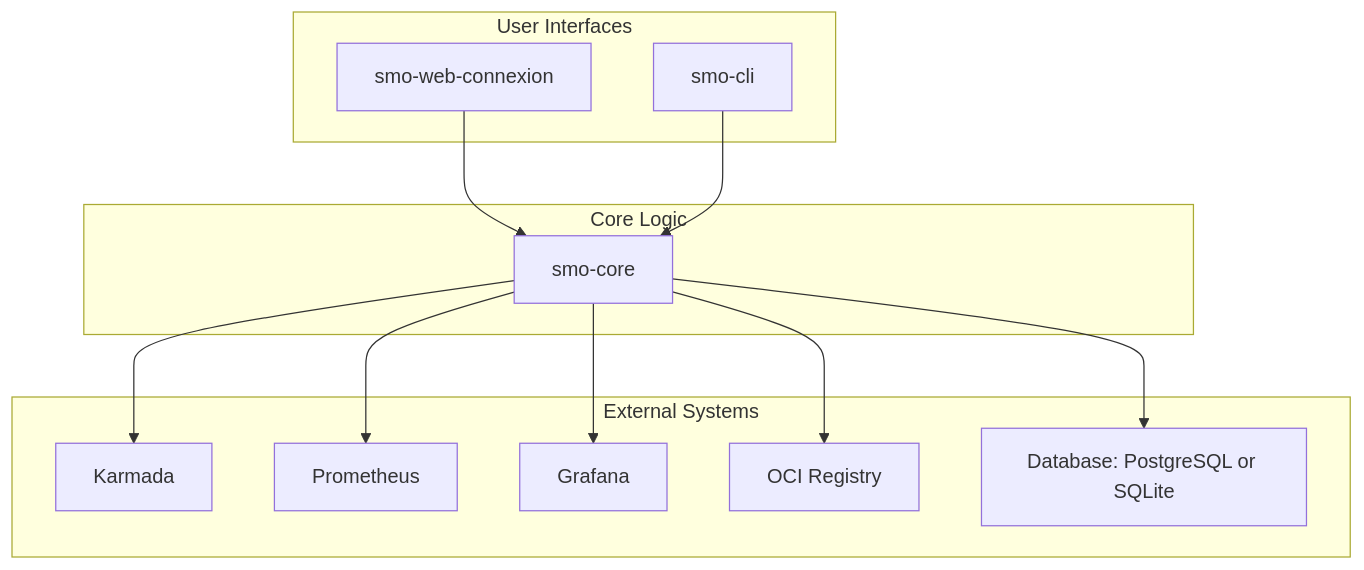
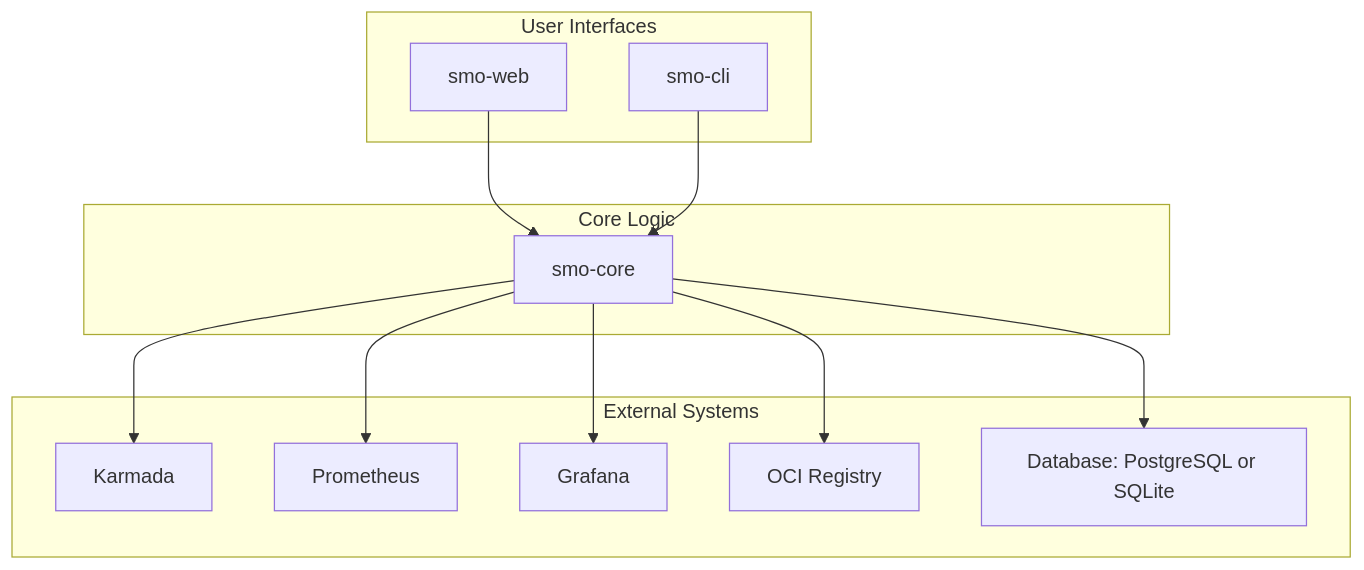
One commit to abilian/smo-monorepo changed the diagram in README.md. Above: the diagram before and after it, drawn with Mermaid. The commit also changed other lines of this file and 51 other files, not shown here.

Commit message:
refact: cleanup architecture using dependency injection (doshka)

````diff
--- a/README.md
+++ b/README.md
@@ -35,28 +35,28 @@
 ```mermaid
 graph TD
     subgraph User Interfaces
-        A[smo-web-connexion]
+        A[smo-web]
         B[smo-cli]
     end
 
     subgraph Core Logic
         C[smo-core]
     end
 
     subgraph External Systems
         D[Karmada]
         E[Prometheus]
         F[Grafana]
         G[OCI Registry]
         H[Database: PostgreSQL or SQLite]
     end
 
     A --> C
     B --> C
 
     C --> D
     C --> E
     C --> F
     C --> G
     C --> H
 ```
````
